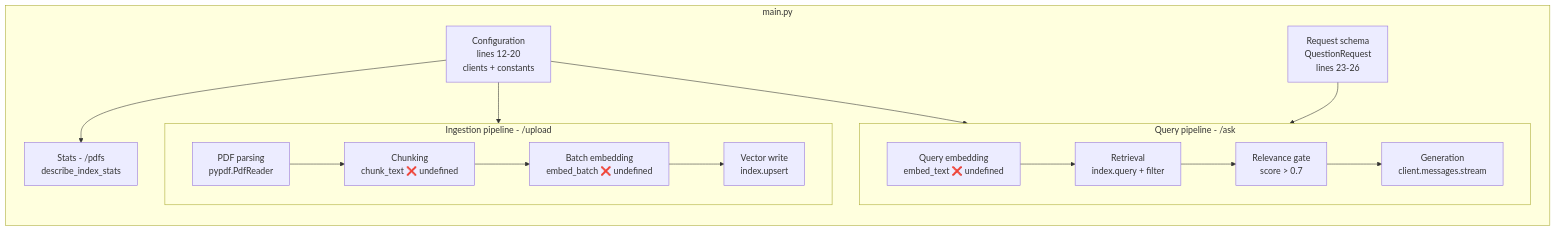
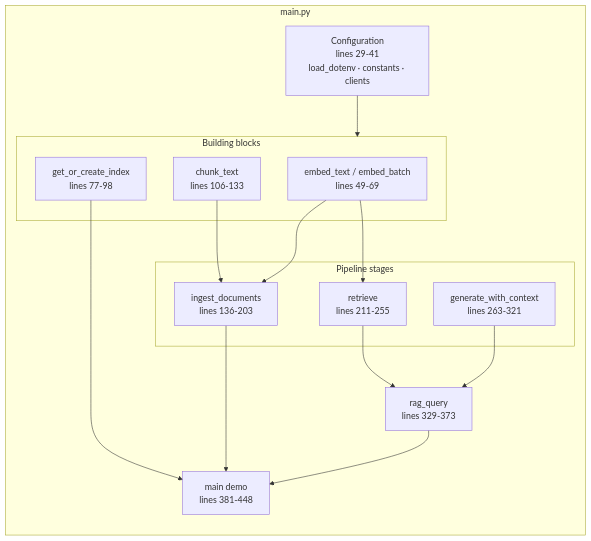
Before and after one commit to lsolor/korg-pdf-qa: the second of 19 diagrams in ARCHITECTURE.md, drawn with Mermaid. The commit also changed other lines of this file, not shown here.

First line of the commit message:
Update ARCHITECTURE.md for the script-based RAG pipeline

````diff
--- a/ARCHITECTURE.md
+++ b/ARCHITECTURE.md
@@ -136,31 +140,32 @@
 ```mermaid
 flowchart TB
     subgraph mainpy [main.py]
         direction TB
-        cfg["Configuration<br/>lines 12-20<br/>clients + constants"]
-        model["Request schema<br/>QuestionRequest<br/>lines 23-26"]
+        cfg["Configuration<br/>lines 29-41<br/>load_dotenv · constants · clients"]
 
-        subgraph ingest [Ingestion pipeline - /upload]
-            parse["PDF parsing<br/>pypdf.PdfReader"]
-            chunk["Chunking<br/>chunk_text ❌ undefined"]
-            embedB["Batch embedding<br/>embed_batch ❌ undefined"]
-            store["Vector write<br/>index.upsert"]
+        subgraph l1 [Building blocks]
+            emb["embed_text / embed_batch<br/>lines 49-69"]
+            idxf["get_or_create_index<br/>lines 77-98"]
+            chunk["chunk_text<br/>lines 106-133"]
         end
 
-        subgraph qa [Query pipeline - /ask]
-            embedQ["Query embedding<br/>embed_text ❌ undefined"]
-            retrieve["Retrieval<br/>index.query + filter"]
-            gate["Relevance gate<br/>score > 0.7"]
-            gen["Generation<br/>client.messages.stream"]
+        subgraph l2 [Pipeline stages]
+            ing["ingest_documents<br/>lines 136-203"]
+            ret["retrieve<br/>lines 211-255"]
+            gen["generate_with_context<br/>lines 263-321"]
         end
 
-        stats["Stats - /pdfs<br/>describe_index_stats"]
+        rag["rag_query<br/>lines 329-373"]
+        demo["main demo<br/>lines 381-448"]
     end
 
-    cfg --> ingest
-    cfg --> qa
-    cfg --> stats
-    model --> qa
-    parse --> chunk --> embedB --> store
-    embedQ --> retrieve --> gate --> gen
+    cfg --> l1
+    chunk --> ing
+    emb --> ing
+    emb --> ret
+    ret --> rag
+    gen --> rag
+    idxf --> demo
+    ing --> demo
+    rag --> demo
 ```
````
